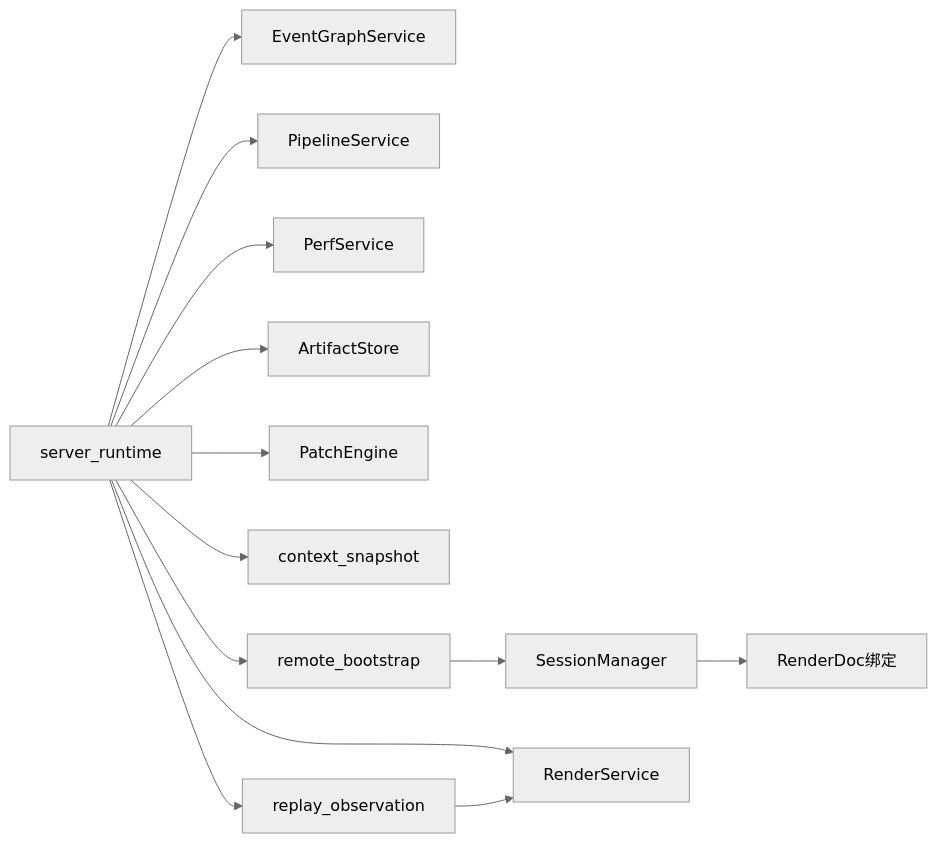
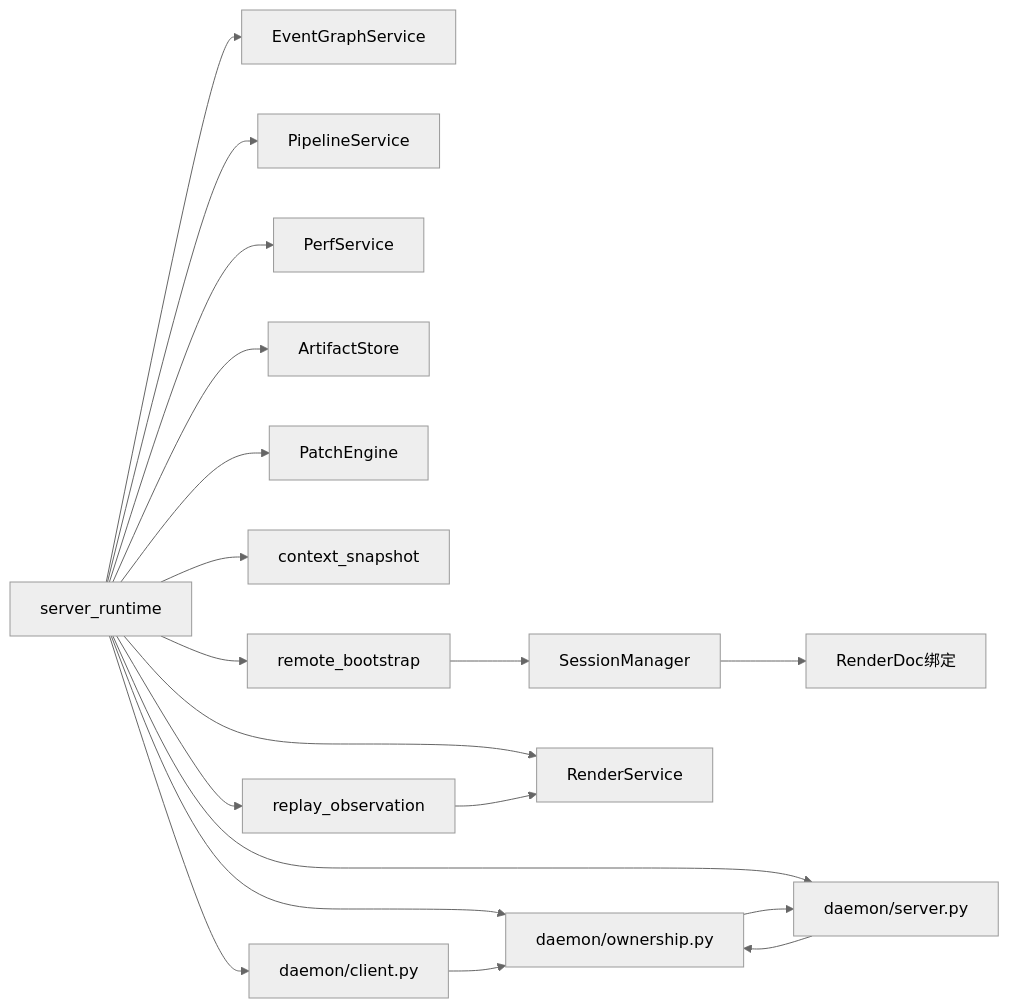
One commit to haolange/RDC-Tool changed the tenth of 10 diagrams in .qoder/repowiki/zh/content/核心概念/会话模型.md. Above: the diagram before and after it, drawn with Mermaid (neutral theme). The commit also changed other lines of this file and 67 other files, not shown here.

````diff
--- a/.qoder/repowiki/zh/content/核心概念/会话模型.md
+++ b/.qoder/repowiki/zh/content/核心概念/会话模型.md
@@ -335,15 +529,21 @@
 ```mermaid
 graph LR
 SM["SessionManager"] --> RD["RenderDoc绑定"]
 SR["server_runtime"] --> ES["EventGraphService"]
 SR --> RS["RenderService"]
 SR --> PS["PipelineService"]
 SR --> PF["PerfService"]
 SR --> AS["ArtifactStore"]
 SR --> PE["PatchEngine"]
 SR --> CS["context_snapshot"]
 SR --> RO["replay_observation"]
 SR --> RB["remote_bootstrap"]
+SR --> DO["daemon/ownership.py"]
+SR --> DS["daemon/server.py"]
+SR --> DC["daemon/client.py"]
 RO --> RS
 RB --> SM
+DO --> DS
+DS --> DO
+DC --> DO
 ```
````
